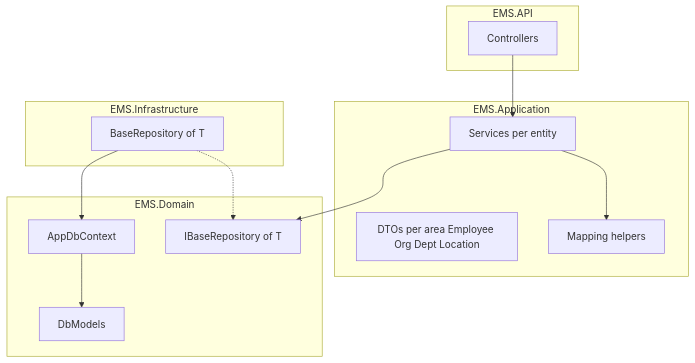
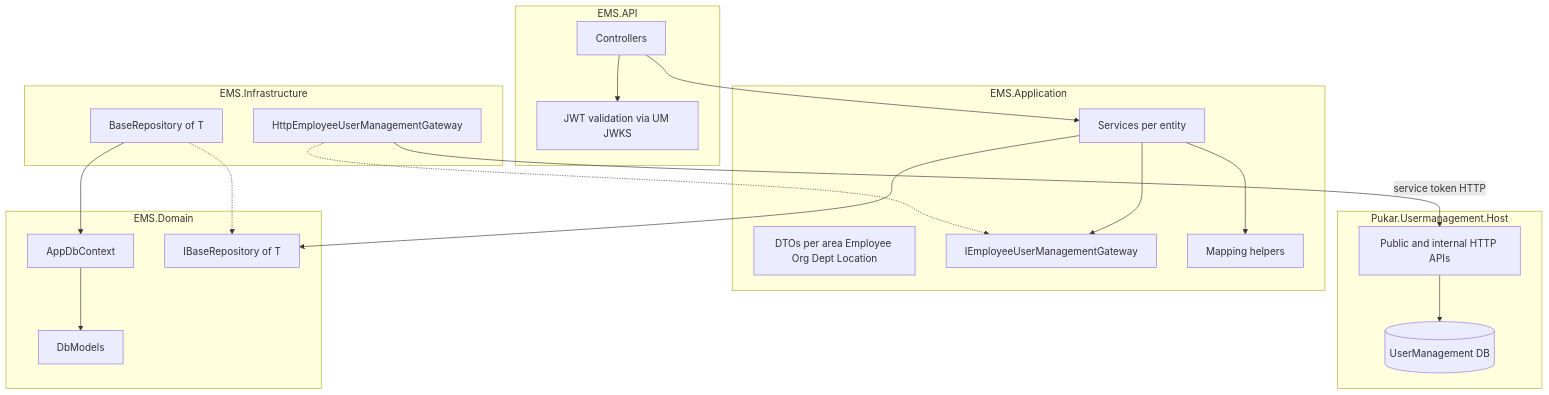
One commit to pukar123/EmployeeManagementSystem changed the first of 3 diagrams in docs/architecture.md. Above: the diagram before and after it, drawn with Mermaid. The commit also changed other lines of this file and 283 other files, not shown here.

````diff
--- a/docs/architecture.md
+++ b/docs/architecture.md
@@ -7,25 +7,37 @@
 ```mermaid
 flowchart TB
   subgraph api [EMS.API]
     Controllers[Controllers]
+    JwtValidate[JWT validation via UM JWKS]
   end
   subgraph app [EMS.Application]
     DTOs[DTOs per area Employee Org Dept Location]
     Services[Services per entity]
+    GatewayIf[IEmployeeUserManagementGateway]
     Mapping[Mapping helpers]
   end
   subgraph infra [EMS.Infrastructure]
     Repo[BaseRepository of T]
+    HttpGateway[HttpEmployeeUserManagementGateway]
   end
   subgraph domain [EMS.Domain]
     DbCtx[AppDbContext]
     Entities[DbModels]
     RepoIf[IBaseRepository of T]
   end
+  subgraph um [Pukar.Usermanagement.Host]
+    UmApi[Public and internal HTTP APIs]
+    UmDb[(UserManagement DB)]
+  end
   Controllers --> Services
+  Controllers --> JwtValidate
   Services --> Mapping
   Services --> RepoIf
+  Services --> GatewayIf
+  HttpGateway -.-> GatewayIf
+  HttpGateway -->|service token HTTP| UmApi
   Repo -.-> RepoIf
   Repo --> DbCtx
   DbCtx --> Entities
+  UmApi --> UmDb
 ```
````
